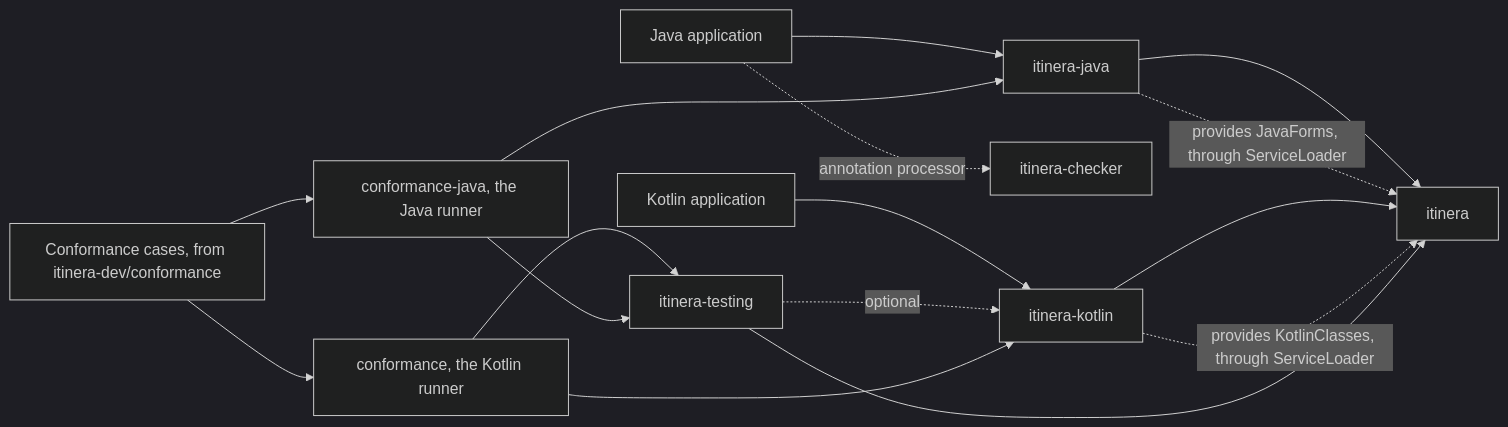
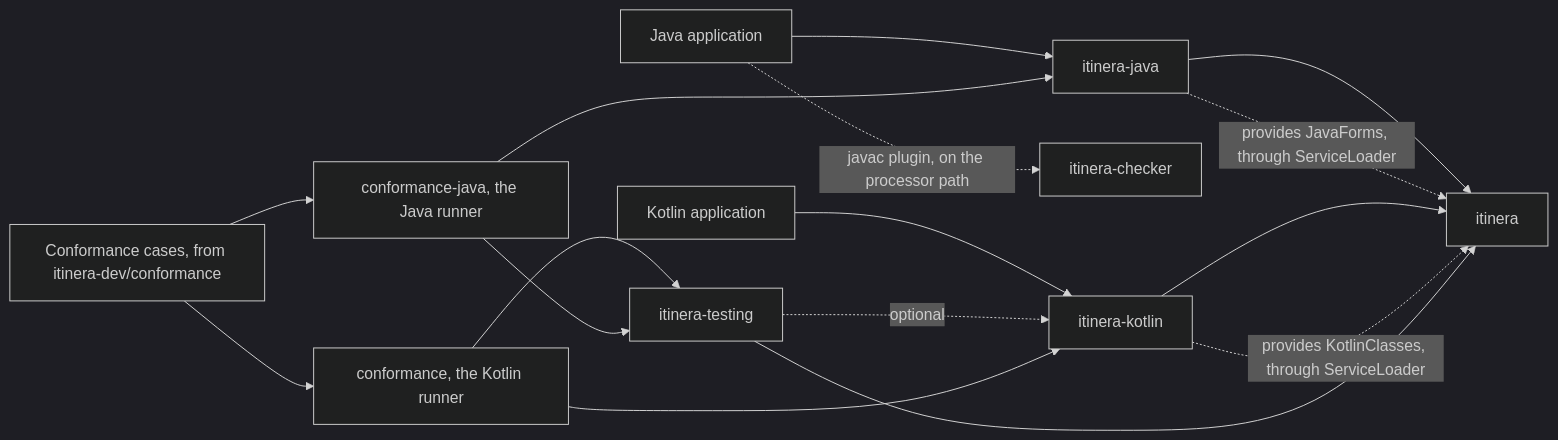
One commit to itinera-dev/itinera-j changed the first of 5 diagrams in docs/architecture.md. Above: the diagram before and after it, drawn with Mermaid (dark theme). The commit also changed other lines of this file and 14 other files, not shown here.

````diff
--- a/docs/architecture.md
+++ b/docs/architecture.md
@@ -13,20 +13,20 @@
 ```mermaid
 flowchart LR
     accTitle: The artifacts of itinera-j
-    accDescr: A Java application depends on itinera-java, which depends on itinera and provides it JavaForms through ServiceLoader, and may run itinera-checker as an annotation processor, which reads itinera's annotations by name and depends on none of itinera's artifacts. A Kotlin application depends on itinera-kotlin, which depends on itinera and provides it the reader of Kotlin classes through ServiceLoader. itinera-testing depends on itinera, and on itinera-kotlin only optionally. The Kotlin conformance runner depends on itinera-kotlin and itinera-testing, the Java conformance runner on itinera-java and itinera-testing, and both read the conformance cases.
+    accDescr: A Java application depends on itinera-java, which depends on itinera and provides it JavaForms through ServiceLoader, and may run itinera-checker as a javac plugin, from its processor path, which reads itinera's annotations by name and depends on none of itinera's artifacts. A Kotlin application depends on itinera-kotlin, which depends on itinera and provides it the reader of Kotlin classes through ServiceLoader. itinera-testing depends on itinera, and on itinera-kotlin only optionally. The Kotlin conformance runner depends on itinera-kotlin and itinera-testing, the Java conformance runner on itinera-java and itinera-testing, and both read the conformance cases.
     java["Java application"] --> jv["itinera-java"]
     jv --> core["itinera"]
     jv -.->|"provides JavaForms, through ServiceLoader"| core
-    java -.->|"annotation processor"| checker["itinera-checker"]
+    java -.->|"javac plugin, on the processor path"| checker["itinera-checker"]
     kotlin["Kotlin application"] --> kt["itinera-kotlin"]
     kt --> core
     kt -.->|"provides KotlinClasses, through ServiceLoader"| core
     testing["itinera-testing"] --> core
     testing -.->|"optional"| kt
     runner["conformance, the Kotlin runner"] --> kt
     runner --> testing
     jrunner["conformance-java, the Java runner"] --> jv
     jrunner --> testing
     cases["Conformance cases, from itinera-dev/conformance"] --> runner
     cases --> jrunner
 ```
````
